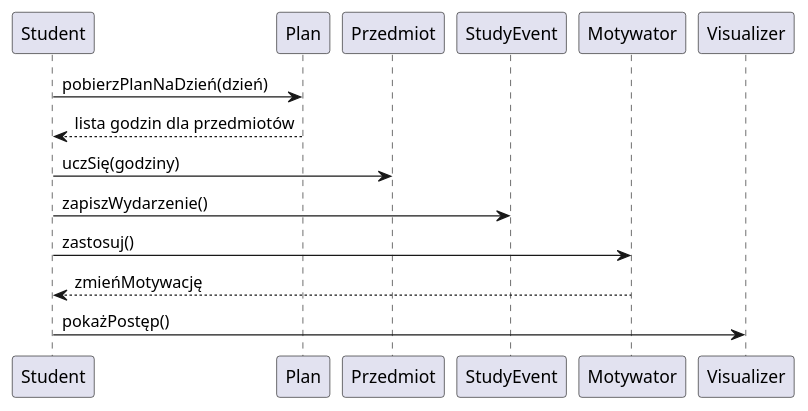
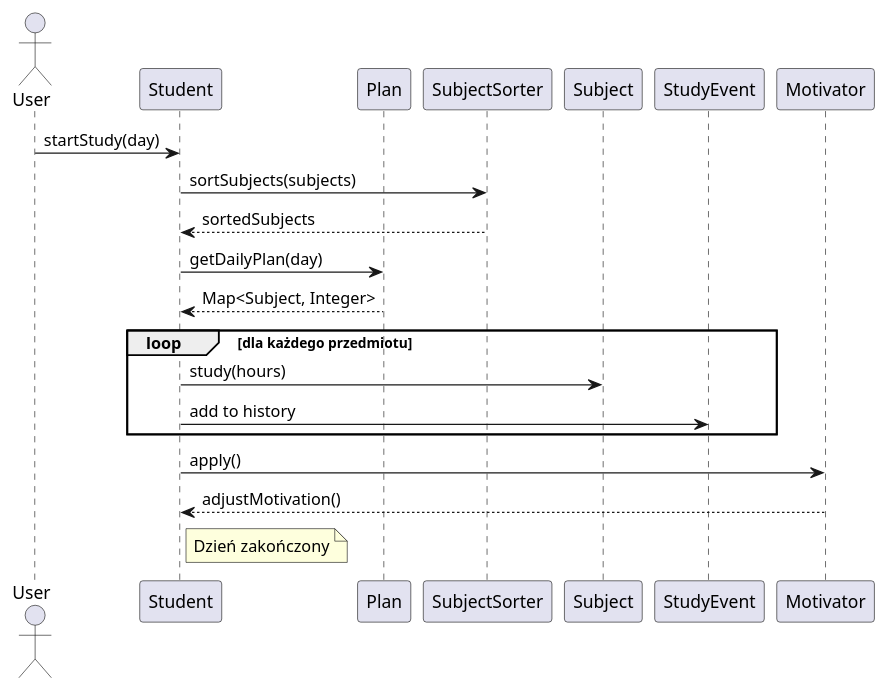
Before and after one commit to Krzyzak321/Symulator_Sesji: the diagram in uml/Diagram sekwencji.puml, drawn with PlantUML. The commit also changed 5 other files, not shown here.

Commit message:
diagramy

```diff
--- a/uml/Diagram sekwencji.puml
+++ b/uml/Diagram sekwencji.puml
@@ -1,10 +1,29 @@
 @startuml
+actor User
+participant "Student" as S
+participant "Plan" as P
+participant "SubjectSorter" as SS
+participant "Subject" as Subj
+participant "StudyEvent" as SE
+participant "Motivator" as M
 
-Student -> Plan : pobierzPlanNaDzień(dzień)
-Plan --> Student : lista godzin dla przedmiotów
-Student -> Przedmiot : uczSię(godziny)
-Student -> StudyEvent : zapiszWydarzenie()
-Student -> Motywator : zastosuj()
-Motywator --> Student : zmieńMotywację
-Student -> Visualizer : pokażPostęp()
+User -> S : startStudy(day)
+
+S -> SS : sortSubjects(subjects)
+SS --> S : sortedSubjects
+
+S -> P : getDailyPlan(day)
+P --> S : Map<Subject, Integer>
+
+loop dla każdego przedmiotu
+    S -> Subj : study(hours)
+    S -> SE : add to history
+end
+
+S -> M : apply()
+M --> S : adjustMotivation()
+
+note right of S
+Dzień zakończony
+end note
 @enduml
```
